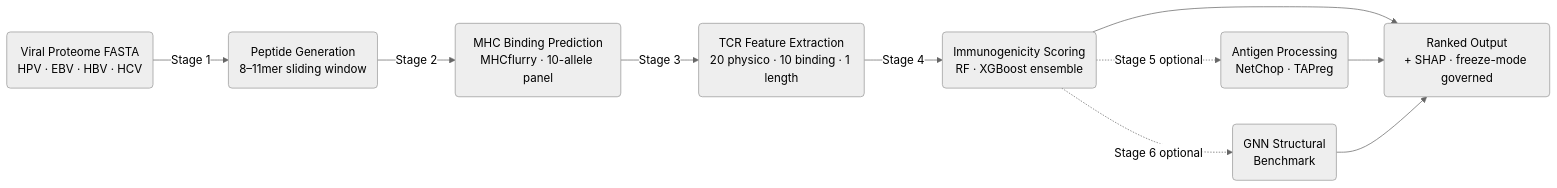
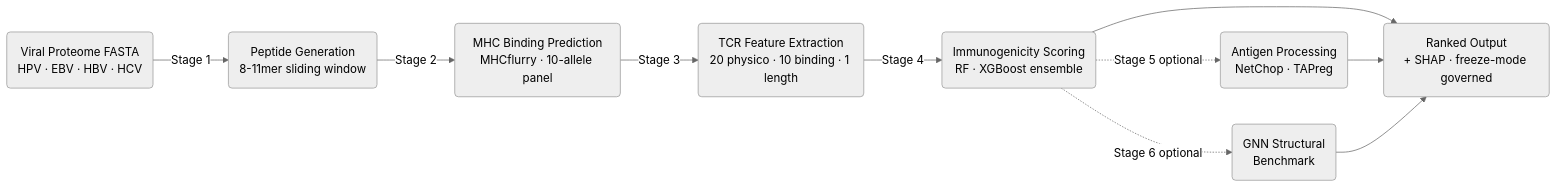
Before and after one commit to Gavin-Borges/SESTRAV: the diagram in README.md, drawn with Mermaid (neutral theme). The commit also changed other lines of this file and 29 other files, not shown here.

````diff
--- a/README.md
+++ b/README.md
@@ -143,12 +143,12 @@
 ```mermaid
 graph LR
-    A("Viral Proteome FASTA<br/>HPV · EBV · HBV · HCV") -->|Stage 1| B("Peptide Generation<br/>8–11mer sliding window")
+    A("Viral Proteome FASTA<br/>HPV · EBV · HBV · HCV") -->|Stage 1| B("Peptide Generation<br/>8-11mer sliding window")
     B -->|Stage 2| C("MHC Binding Prediction<br/>MHCflurry · 10-allele panel")
     C -->|Stage 3| D("TCR Feature Extraction<br/>20 physico · 10 binding · 1 length")
     D -->|Stage 4| E("Immunogenicity Scoring<br/>RF · XGBoost ensemble")
     E -.->|Stage 5 optional| F("Antigen Processing<br/>NetChop · TAPreg")
     E -.->|Stage 6 optional| G("GNN Structural<br/>Benchmark")
     E --> H("Ranked Output<br/>+ SHAP · freeze-mode governed")
     F --> H
     G --> H
 ```
````
